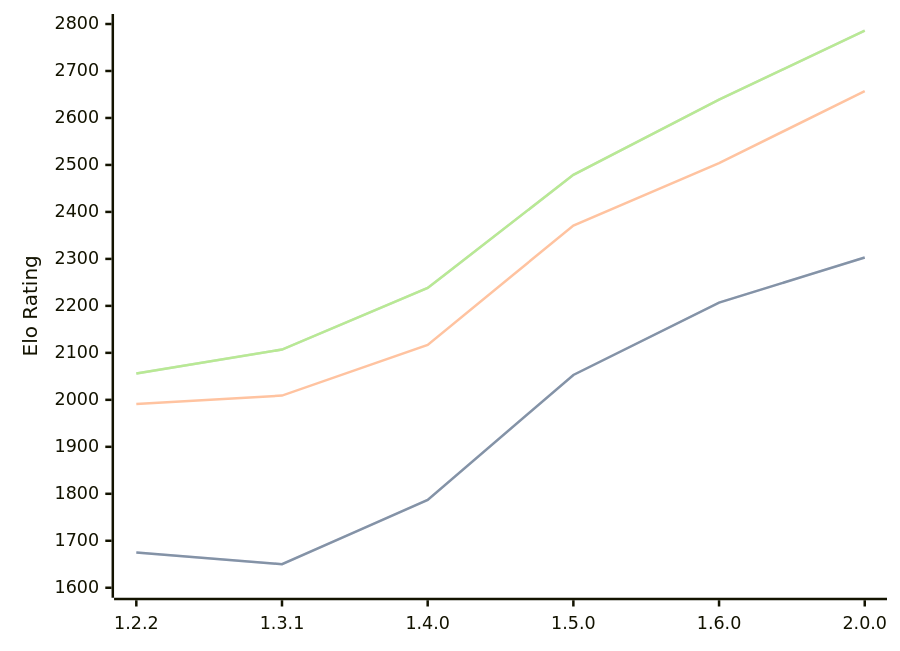
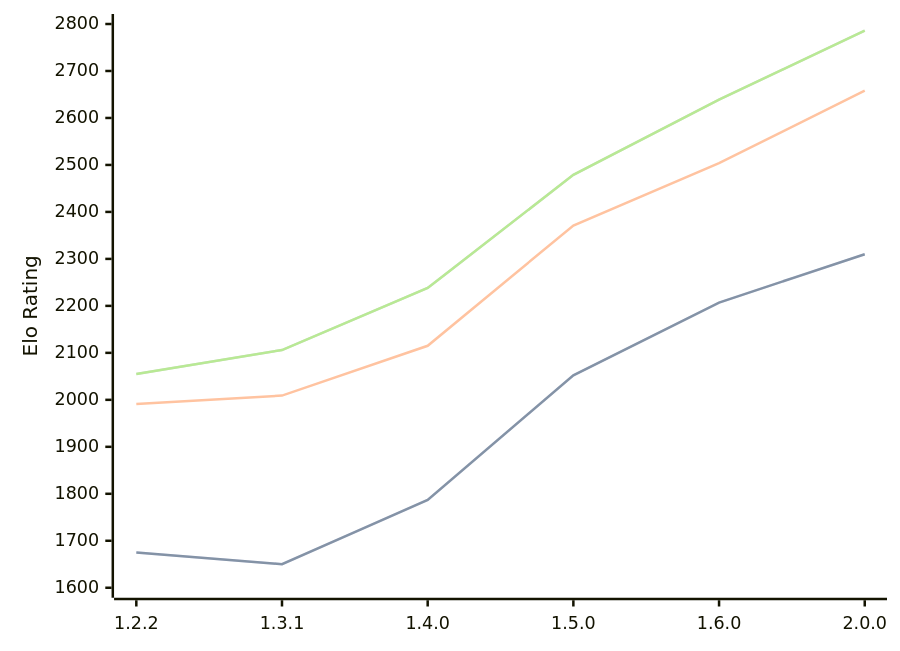
Before and after one commit to computer-chess-index/cci: the diagram in engines/SoloEngine.md, drawn with Mermaid. The commit also changed other lines of this file, not shown here.

Commit message:
Update CCI Ratings (ELO VLTC) - 2026-03-30

````diff
--- a/engines/SoloEngine.md
+++ b/engines/SoloEngine.md
@@ -36,11 +36,11 @@
 ```mermaid
 %%{init: {"theme":"base","themeVariables":{"seriesColors:['#a3a3a3','#222221','#faa371']}}}%%
 xychart-beta
   x-axis ["1.2.2", "1.3.1", "1.4.0", "1.5.0", "1.6.0", "2.0.0"]
   y-axis "Elo Rating" 1600 --> 2800
-  line "STC (8.0+0.08s)" [1675, 1650, 1787, 2053, 2207, 2303]
-  line "STC (8.0+0.08s)" [1675, 1650, 1787, 2053, 2207, 2303]
-  line "LTC (60.0+0.60s)" [1991, 2009, 2117, 2371, 2504, 2657]
-  line "VLTC (2m24s+1.12s)" [2056, 2107, 2238, 2479, 2639, 2786]
-  line "VLTC (2m24s+1.12s)" [2056, 2107, 2238, 2479, 2639, 2786]
+  line "STC (8.0+0.08s)" [1675, 1650, 1787, 2052, 2207, 2310]
+  line "STC (8.0+0.08s)" [1675, 1650, 1787, 2052, 2207, 2310]
+  line "LTC (60.0+0.60s)" [1991, 2009, 2115, 2371, 2504, 2658]
+  line "VLTC (2m24s+1.12s)" [2055, 2106, 2238, 2479, 2639, 2786]
+  line "VLTC (2m24s+1.12s)" [2055, 2106, 2238, 2479, 2639, 2786]
 ```
````
